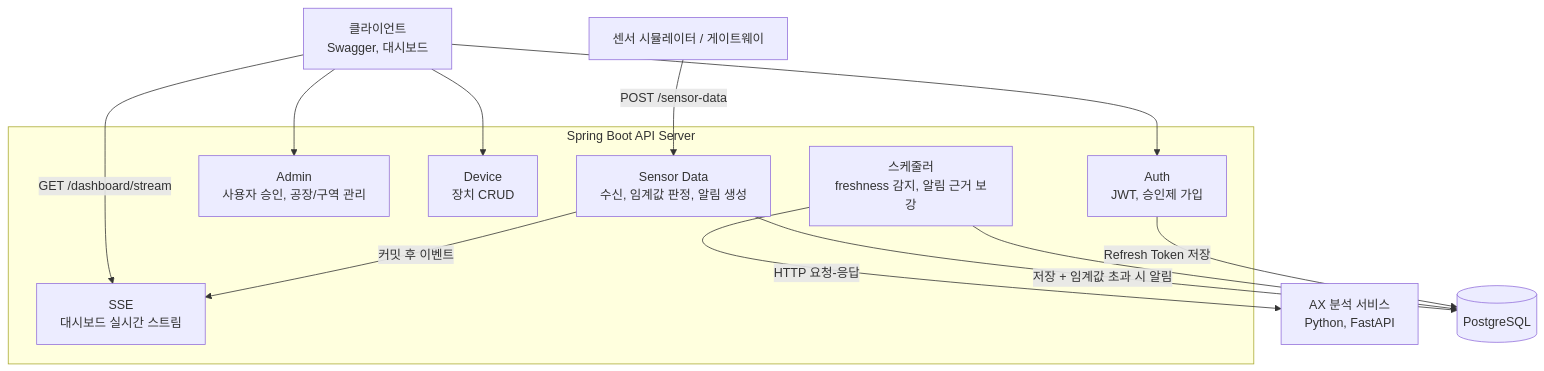
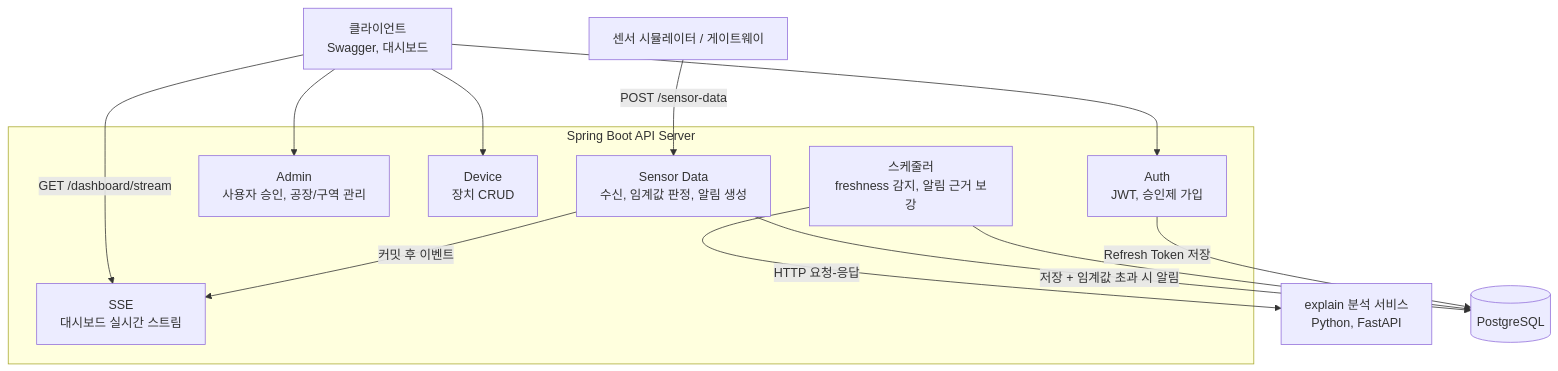
The second of 3 diagrams in README.md (YEONJI-P/iot-sensor-platform), drawn with Mermaid before and after one commit. The commit also changed other lines of this file and 42 other files, not shown here.

First line of the commit message:
refactor(explain): AX 서비스 명칭을 explain으로 전면 리네임

````diff
--- a/README.md
+++ b/README.md
@@ -90,28 +90,28 @@
 ```mermaid
 graph TD
     SIM[센서 시뮬레이터 / 게이트웨이]
     CLI[클라이언트<br>Swagger, 대시보드]
 
     subgraph API[Spring Boot API Server]
         AUTH[Auth<br>JWT, 승인제 가입]
         ADMIN[Admin<br>사용자 승인, 공장/구역 관리]
         DEVICE[Device<br>장치 CRUD]
         SENSOR[Sensor Data<br>수신, 임계값 판정, 알림 생성]
         SSE[SSE<br>대시보드 실시간 스트림]
         SCHED[스케줄러<br>freshness 감지, 알림 근거 보강]
     end
 
-    AX[AX 분석 서비스<br>Python, FastAPI]
+    EXPLAIN[explain 분석 서비스<br>Python, FastAPI]
     DB[(PostgreSQL)]
 
     SIM -->|POST /sensor-data| SENSOR
     CLI --> AUTH
     CLI --> ADMIN
     CLI --> DEVICE
     CLI -->|GET /dashboard/stream| SSE
     SENSOR -->|저장 + 임계값 초과 시 알림| DB
     SENSOR -->|커밋 후 이벤트| SSE
-    SCHED -->|HTTP 요청-응답| AX
+    SCHED -->|HTTP 요청-응답| EXPLAIN
     SCHED --> DB
     AUTH -->|Refresh Token 저장| DB
 ```
````
